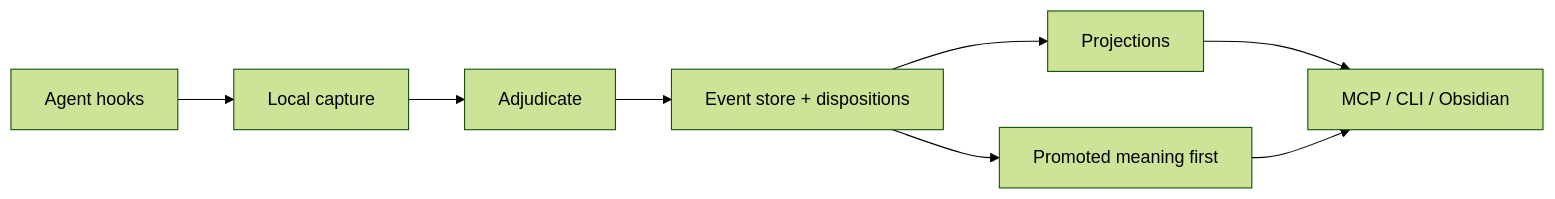
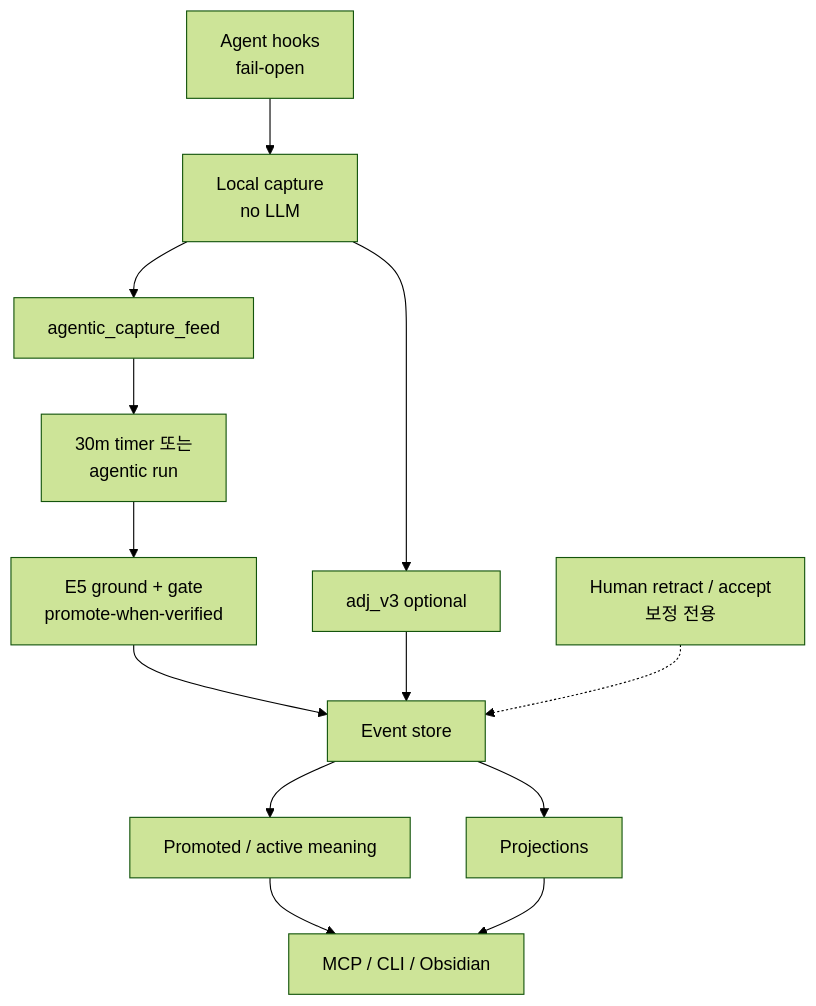
One commit to innocarpe/CarpeOS changed the third of 3 diagrams in README.ko.md. Above: the diagram before and after it, drawn with Mermaid (forest theme). The commit also changed other lines of this file and 9 other files, not shown here.

First line of the commit message:
docs: refresh architecture and READMEs for 6.6.0 HITL-free agentic loop

````diff
--- a/README.ko.md
+++ b/README.ko.md
@@ -188,10 +202,15 @@
 ```mermaid
-flowchart LR
-  A[Agent hooks] --> B[Local capture]
-  B --> J[Adjudicate]
-  J --> C[Event store + dispositions]
-  C --> D[Promoted meaning first]
+flowchart TB
+  A[Agent hooks<br/>fail-open] --> B[Local capture<br/>no LLM]
+  B --> F1[agentic_capture_feed]
+  B --> F2[adj_v3 optional]
+  F1 --> T[30m timer 또는<br/>agentic run]
+  T --> G[E5 ground + gate<br/>promote-when-verified]
+  G --> C[Event store]
+  F2 --> C
+  C --> D[Promoted / active meaning]
   C --> E[Projections]
-  E --> F[MCP / CLI / Obsidian]
-  D --> F
+  D --> M[MCP / CLI / Obsidian]
+  E --> M
+  H[Human retract / accept<br/>보정 전용] -.-> C
 ```
````
